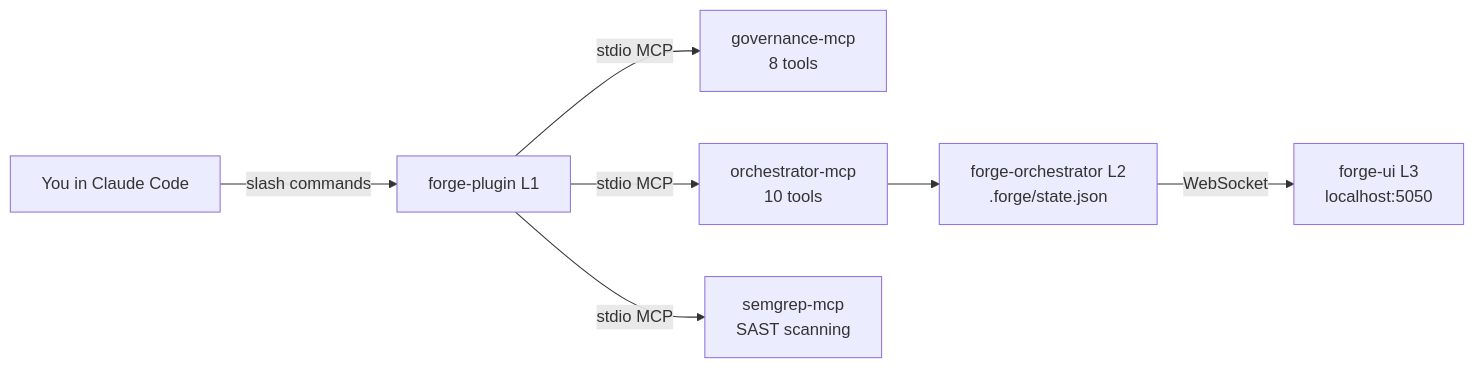
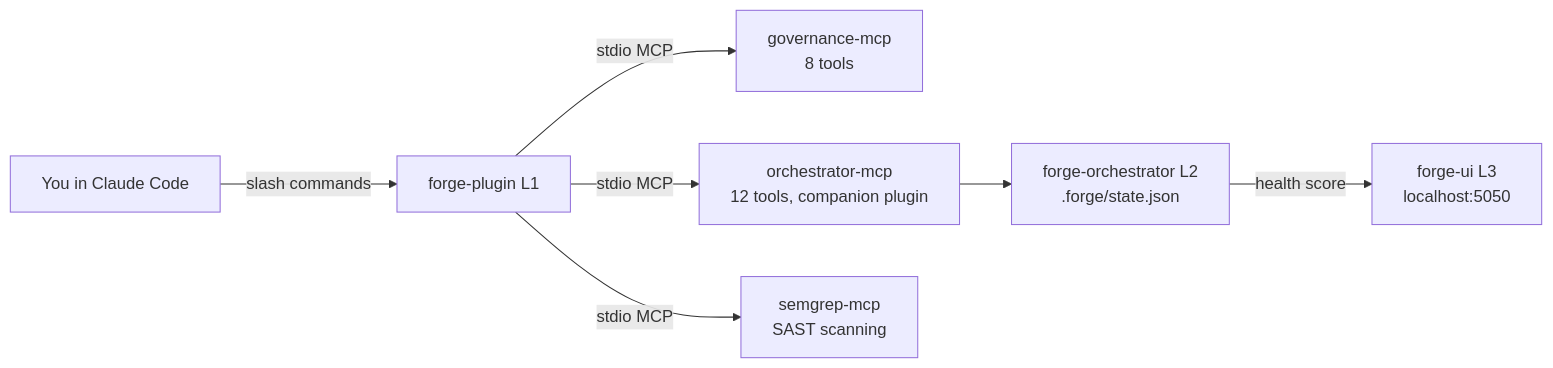
One commit to nxtg-ai/forge-plugin changed the diagram in docs/LEVELS.md. Above: the diagram before and after it, drawn with Mermaid. The commit also changed other lines of this file and 109 other files, not shown here.

````diff
--- a/docs/LEVELS.md
+++ b/docs/LEVELS.md
@@ -91,9 +90,9 @@
 ```mermaid
 graph LR
     A[You in Claude Code] -->|slash commands| B[forge-plugin L1]
     B -->|stdio MCP| C[governance-mcp<br/>8 tools]
-    B -->|stdio MCP| D[orchestrator-mcp<br/>10 tools]
+    B -->|stdio MCP| D[orchestrator-mcp<br/>12 tools, companion plugin]
     B -->|stdio MCP| G[semgrep-mcp<br/>SAST scanning]
     D --> E[forge-orchestrator L2<br/>.forge/state.json]
-    E -->|WebSocket| F[forge-ui L3<br/>localhost:5050]
+    E -->|health score| F[forge-ui L3<br/>localhost:5050]
 ```
````
